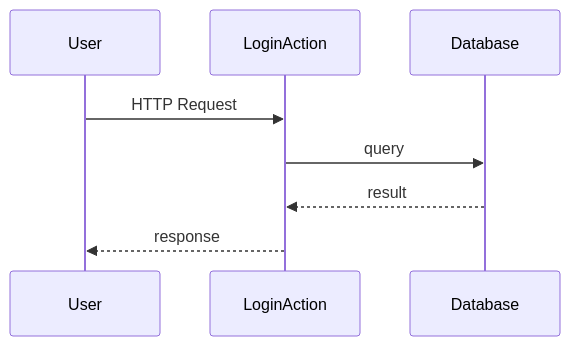
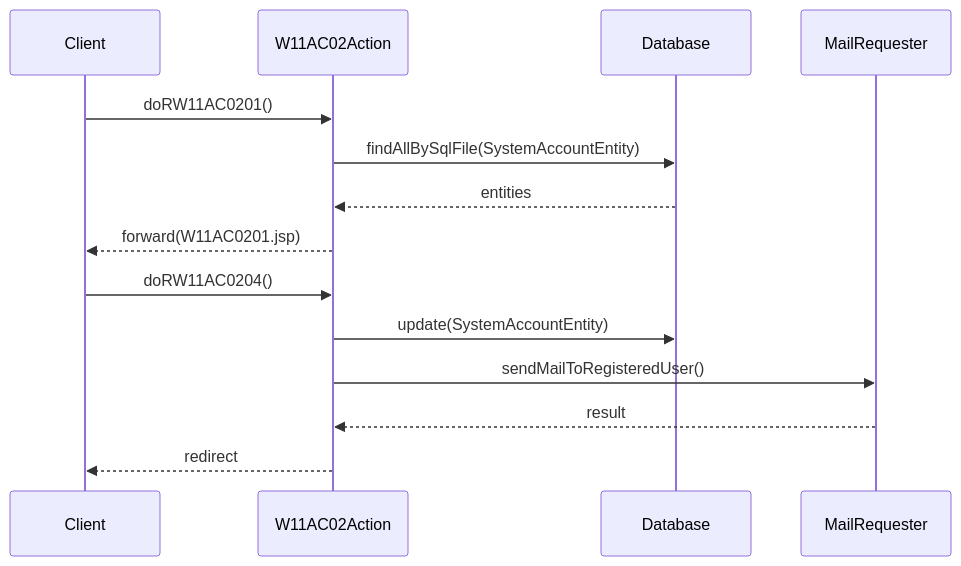
The second of 3 diagrams in .claude/skills/nabledge-6/workflows/code-analysis.md (nablarch/nabledge-dev), drawn with Mermaid before and after one commit. The commit also changed other lines of this file and 3 other files, not shown here.

````diff
--- a/.claude/skills/nabledge-6/workflows/code-analysis.md
+++ b/.claude/skills/nabledge-6/workflows/code-analysis.md
@@ -412,11 +414,18 @@
 ```mermaid
 sequenceDiagram
-    participant User
-    participant Action as LoginAction
+    participant Client
+    participant Action as W11AC02Action
     participant DB as Database
+    participant Mail as MailRequester
 
-    User->>Action: HTTP Request
-    Action->>DB: query
-    DB-->>Action: result
-    Action-->>User: response
+    Client->>Action: doRW11AC0201()
+    Action->>DB: findAllBySqlFile(SystemAccountEntity)
+    DB-->>Action: entities
+    Action-->>Client: forward(W11AC0201.jsp)
+
+    Client->>Action: doRW11AC0204()
+    Action->>DB: update(SystemAccountEntity)
+    Action->>Mail: sendMailToRegisteredUser()
+    Mail-->>Action: result
+    Action-->>Client: redirect
 ```
````
